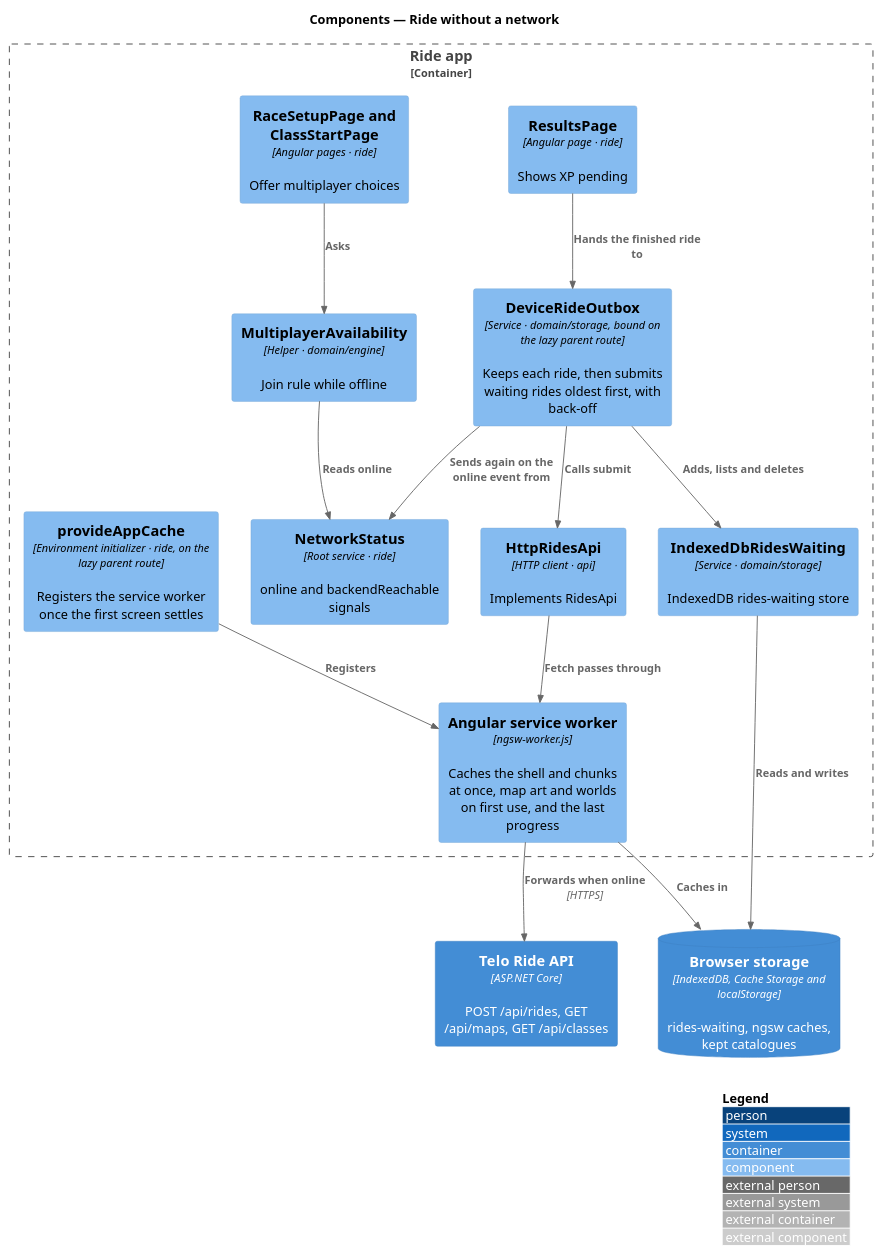
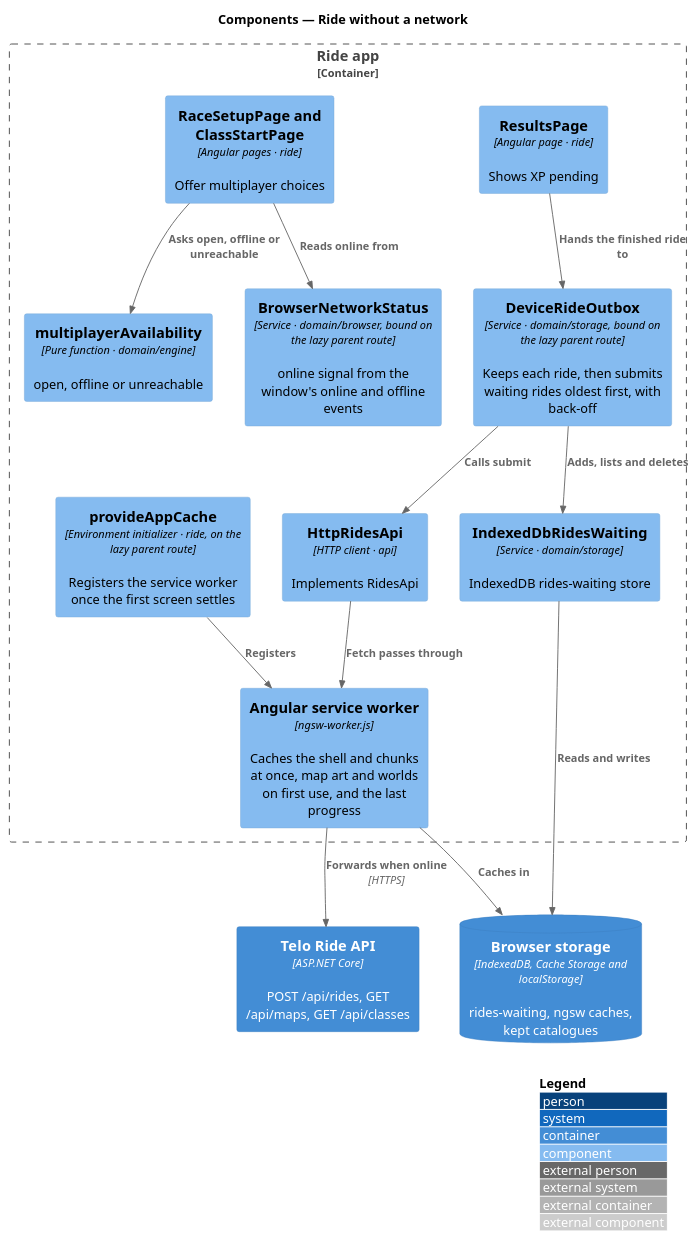
The diagram in docs/detailed-designs/performance/ride-without-a-network/diagrams/c4-component.puml (QuinntyneBrown/wattzup), drawn with PlantUML before and after one commit. The commit also changed 11 other files, not shown here.

```diff
--- a/docs/detailed-designs/performance/ride-without-a-network/diagrams/c4-component.puml
+++ b/docs/detailed-designs/performance/ride-without-a-network/diagrams/c4-component.puml
@@ -1,30 +1,29 @@
 @startuml
 !include <C4/C4_Component>
 LAYOUT_WITH_LEGEND()
 title Components — Ride without a network
 
 Container(api, "Telo Ride API", "ASP.NET Core", "POST /api/rides, GET /api/maps, GET /api/classes")
 ContainerDb(idb, "Browser storage", "IndexedDB, Cache Storage and localStorage", "rides-waiting, ngsw caches, kept catalogues")
 Container_Boundary(app, "Ride app") {
   Component(results, "ResultsPage", "Angular page · ride", "Shows XP pending")
   Component(setup, "RaceSetupPage and ClassStartPage", "Angular pages · ride", "Offer multiplayer choices")
   Component(sync, "DeviceRideOutbox", "Service · domain/storage, bound on the lazy parent route", "Keeps each ride, then submits waiting rides oldest first, with back-off")
-  Component(net, "NetworkStatus", "Root service · ride", "online and backendReachable signals")
-  Component(avail, "MultiplayerAvailability", "Helper · domain/engine", "Join rule while offline")
+  Component(net, "BrowserNetworkStatus", "Service · domain/browser, bound on the lazy parent route", "online signal from the window's online and offline events")
+  Component(avail, "multiplayerAvailability", "Pure function · domain/engine", "open, offline or unreachable")
   Component(outbox, "IndexedDbRidesWaiting", "Service · domain/storage", "IndexedDB rides-waiting store")
   Component(ridesApi, "HttpRidesApi", "HTTP client · api", "Implements RidesApi")
   Component(register, "provideAppCache", "Environment initializer · ride, on the lazy parent route", "Registers the service worker once the first screen settles")
   Component(sw, "Angular service worker", "ngsw-worker.js", "Caches the shell and chunks at once, map art and worlds on first use, and the last progress")
 }
 Rel(results, sync, "Hands the finished ride to")
 Rel(sync, outbox, "Adds, lists and deletes")
 Rel(sync, ridesApi, "Calls submit")
-Rel(sync, net, "Sends again on the online event from")
-Rel(setup, avail, "Asks")
-Rel(avail, net, "Reads online")
+Rel(setup, net, "Reads online from")
+Rel(setup, avail, "Asks open, offline or unreachable")
 Rel(outbox, idb, "Reads and writes")
 Rel(ridesApi, sw, "Fetch passes through")
 Rel(register, sw, "Registers")
 Rel(sw, idb, "Caches in")
 Rel(sw, api, "Forwards when online", "HTTPS")
 @enduml
```
